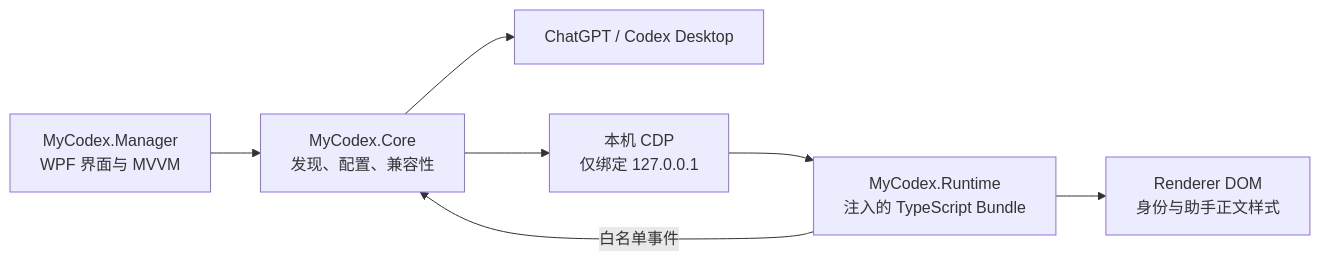
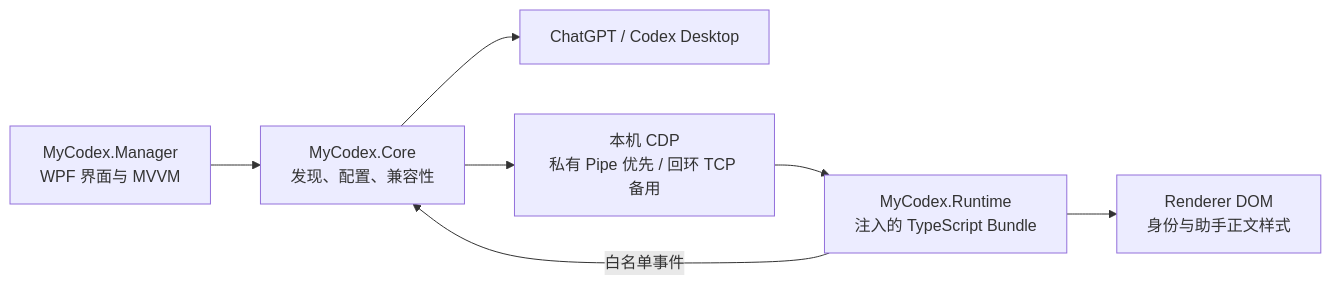
The second of 2 diagrams in README.md (crikok0721/MyCO), drawn with Mermaid before and after one commit. The commit also changed other lines of this file and 59 other files, not shown here.

````diff
--- a/README.md
+++ b/README.md
@@ -158,9 +160,9 @@
 ```mermaid
 flowchart LR
     UI["MyCodex.Manager<br/>WPF 界面与 MVVM"] --> Core["MyCodex.Core<br/>发现、配置、兼容性"]
     Core --> Desktop["ChatGPT / Codex Desktop"]
-    Core --> CDP["本机 CDP<br/>仅绑定 127.0.0.1"]
+    Core --> CDP["本机 CDP<br/>私有 Pipe 优先 / 回环 TCP 备用"]
     CDP --> Runtime["MyCodex.Runtime<br/>注入的 TypeScript Bundle"]
     Runtime --> DOM["Renderer DOM<br/>身份与助手正文样式"]
     Runtime -->|"白名单事件"| Core
 ```
````
